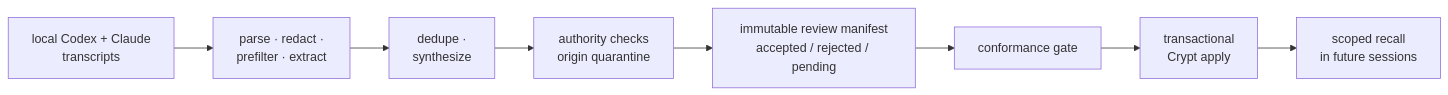
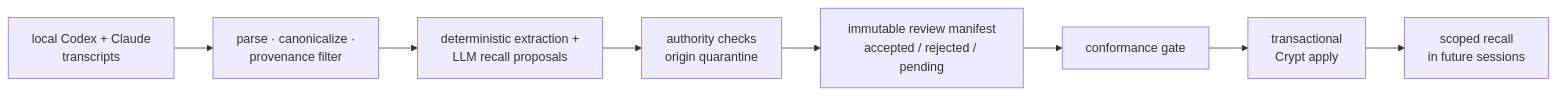
Before and after one commit to Orthic-Labs/Membrane: the diagram in README.md, drawn with Mermaid. The commit also changed other lines of this file and 102 other files, not shown here.

````diff
--- a/README.md
+++ b/README.md
@@ -15,9 +15,9 @@
 ```mermaid
 flowchart LR
-    T[local Codex + Claude<br/>transcripts] --> E[parse · redact ·<br/>prefilter · extract]
-    E --> S[dedupe ·<br/>synthesize]
+    T[local Codex + Claude<br/>transcripts] --> E[parse · canonicalize ·<br/>provenance filter]
+    E --> S[deterministic extraction +<br/>LLM recall proposals]
     S --> A[authority checks<br/>origin quarantine]
     A --> M[immutable review manifest<br/>accepted / rejected / pending]
     M --> G[conformance gate] --> W[transactional<br/>Crypt apply]
     W --> R[scoped recall<br/>in future sessions]
 ```
````
